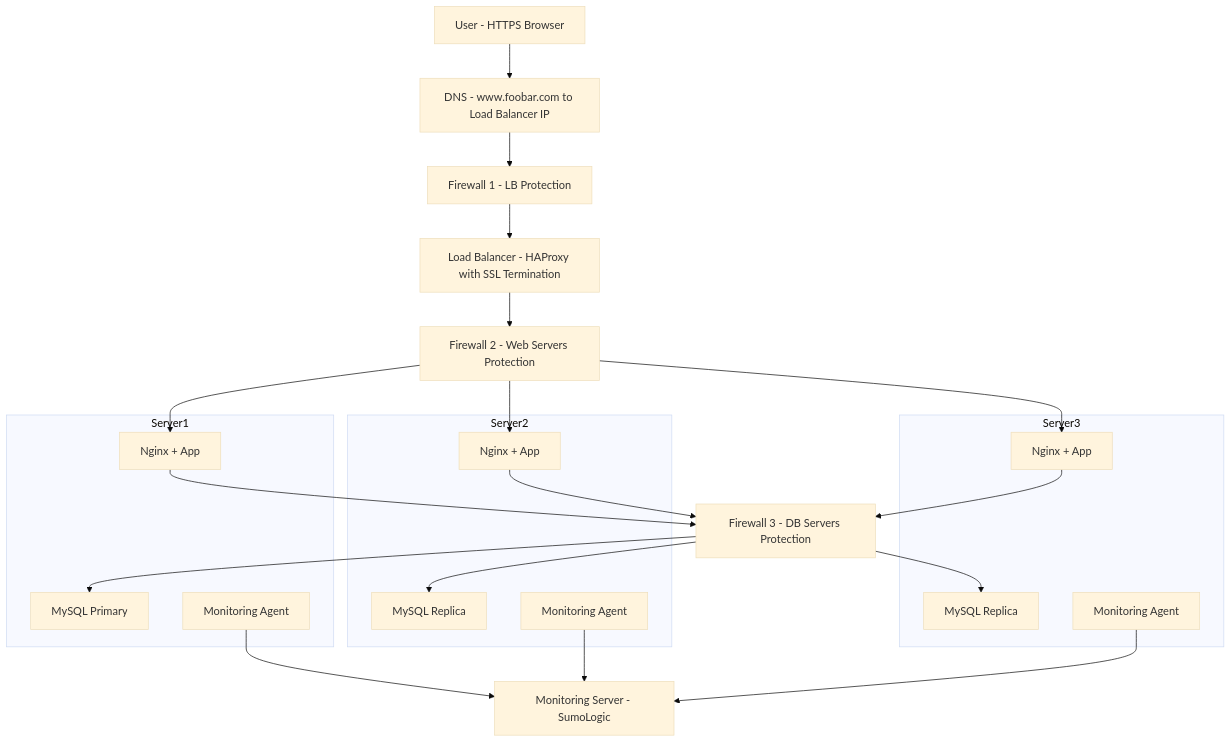
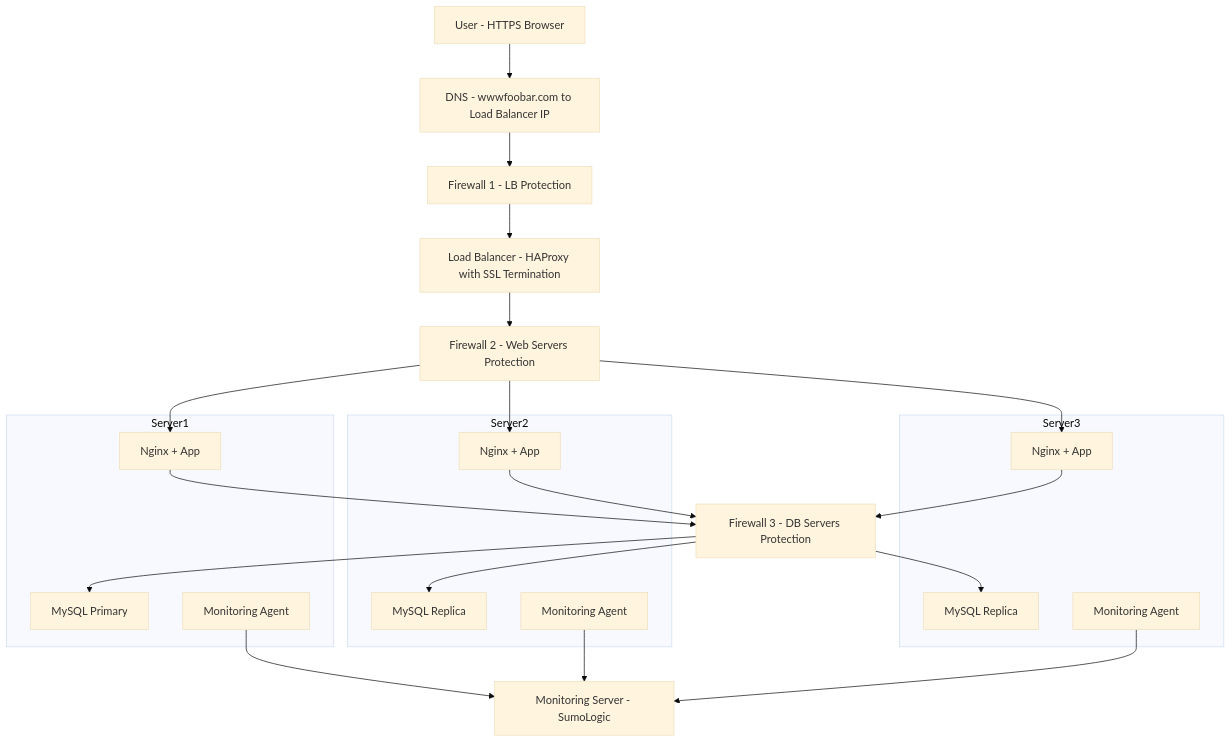
One commit to ahmedguindou/holbertonschool-system_engineering-devops changed the diagram in web_infrastructure_design/2-secured_and_monitored_web_infrastructure.md. Above: the diagram before and after it, drawn with Mermaid (base theme).

Commit message:
web_infrastructure_design

````diff
--- a/web_infrastructure_design/2-secured_and_monitored_web_infrastructure.md
+++ b/web_infrastructure_design/2-secured_and_monitored_web_infrastructure.md
@@ -13,42 +13,42 @@
 ```mermaid
 graph TD
     User[User - HTTPS Browser]
-    DNS[DNS - www.foobar.com to Load Balancer IP]
+    DNS[DNS - wwwfoobar.com to Load Balancer IP]
     FW1[Firewall 1 - LB Protection]
     FW2[Firewall 2 - Web Servers Protection]
     FW3[Firewall 3 - DB Servers Protection]
     LB[Load Balancer - HAProxy with SSL Termination]
     Monitoring[Monitoring Server - SumoLogic]
 
     subgraph Server1
         S1Web[Nginx + App]
         S1DB[MySQL Primary]
         S1Agent[Monitoring Agent]
     end
 
     subgraph Server2
         S2Web[Nginx + App]
         S2DB[MySQL Replica]
         S2Agent[Monitoring Agent]
     end
 
     subgraph Server3
         S3Web[Nginx + App]
         S3DB[MySQL Replica]
         S3Agent[Monitoring Agent]
     end
 
     User --> DNS --> FW1 --> LB
     LB --> FW2
     FW2 --> S1Web
     FW2 --> S2Web
     FW2 --> S3Web
 
     S1Web --> FW3 --> S1DB
     S2Web --> FW3 --> S2DB
     S3Web --> FW3 --> S3DB
 
     S1Agent --> Monitoring
     S2Agent --> Monitoring
     S3Agent --> Monitoring
 ```
````
